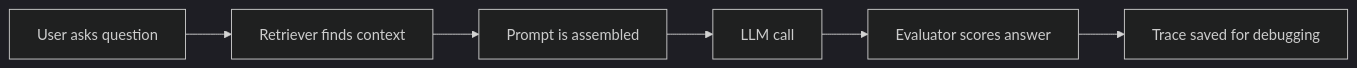
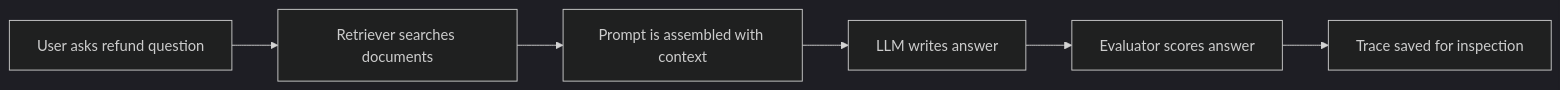
The diagram in docs/opik-for-humans.md (alex-au-922/hkpug-meetup-ai-explainability-challenge), drawn with Mermaid (dark theme) before and after one commit. The commit also changed other lines of this file and 13 other files, not shown here.

````diff
--- a/docs/opik-for-humans.md
+++ b/docs/opik-for-humans.md
@@ -35,8 +83,8 @@
 ```mermaid
 flowchart LR
-  User["User asks question"] --> Retrieval["Retriever finds context"]
-  Retrieval --> Prompt["Prompt is assembled"]
-  Prompt --> Model["LLM call"]
+  User["User asks refund question"] --> Retrieval["Retriever searches documents"]
+  Retrieval --> Prompt["Prompt is assembled with context"]
+  Prompt --> Model["LLM writes answer"]
   Model --> Eval["Evaluator scores answer"]
-  Eval --> Trace["Trace saved for debugging"]
+  Eval --> Trace["Trace saved for inspection"]
 ```
````
